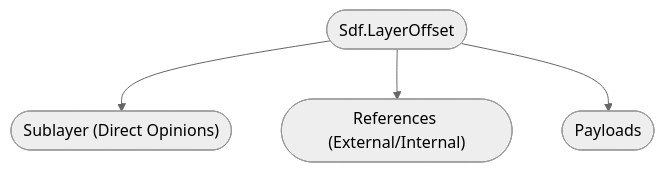
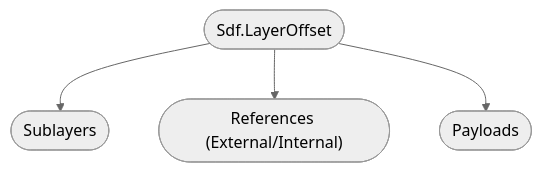
Before and after one commit to LucaScheller/VFX-UsdSurvivalGuide: the second of 2 diagrams in docs/src/core/composition/arcs.md, drawn with Mermaid (neutral theme). The commit also changed other lines of this file and 1 other file, not shown here.

````diff
--- a/docs/src/core/composition/arcs.md
+++ b/docs/src/core/composition/arcs.md
@@ -64,10 +73,10 @@
 ```mermaid
 flowchart TD
     compositionArcLayerOffset(["Sdf.LayerOffset"])
-    compositionArcSublayer(["Sublayer (Direct Opinions)"])
+    compositionArcSublayer(["Sublayers"])
     compositionArcReference(["References (External/Internal)"])
     compositionArcPayload(["Payloads"])
     compositionArcLayerOffset --> compositionArcSublayer
     compositionArcLayerOffset --> compositionArcReference
     compositionArcLayerOffset --> compositionArcPayload
 ```
````
